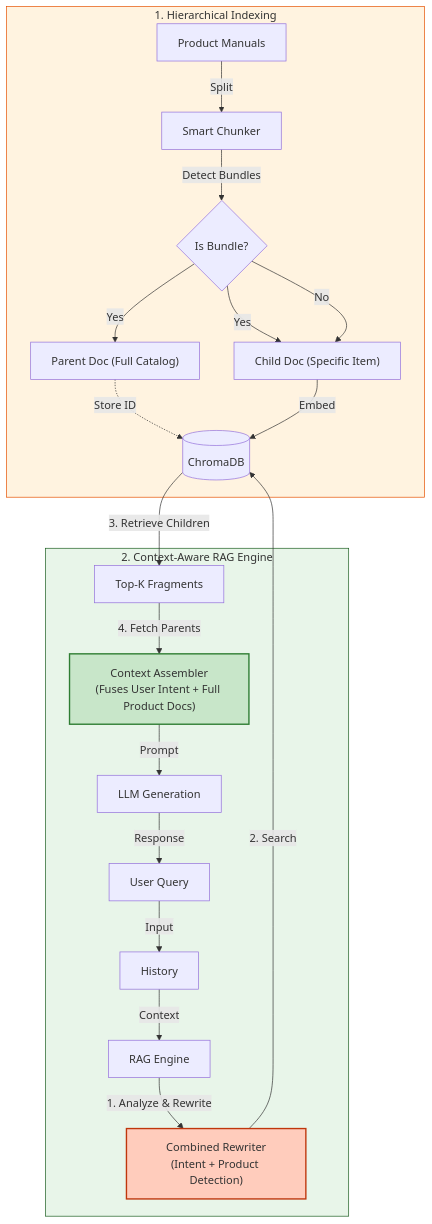
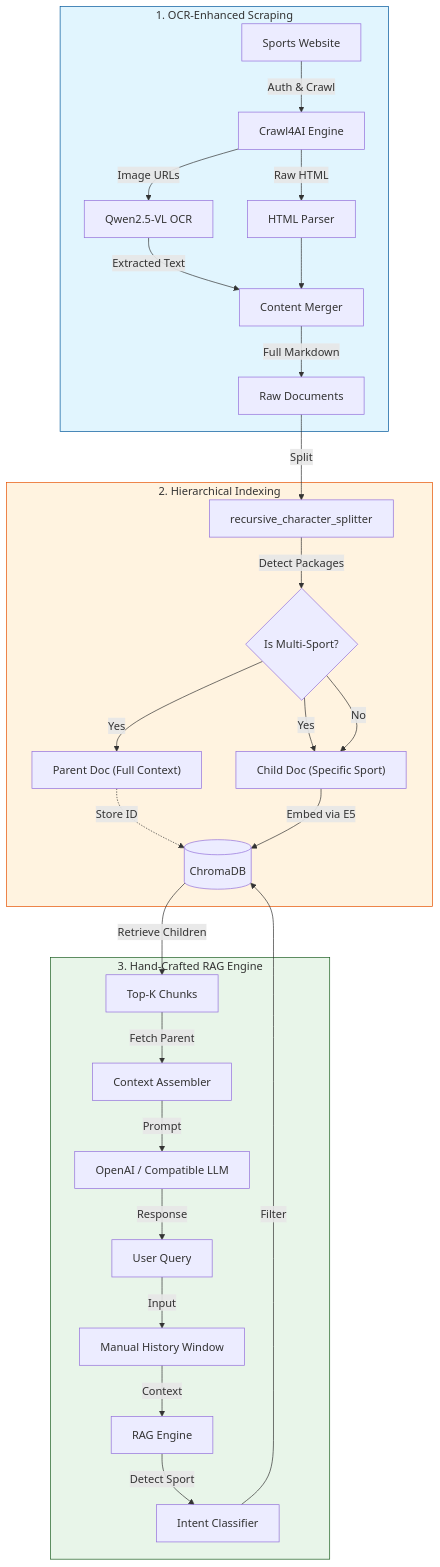
Before and after one commit to MossMojito/more_RAG_strategies: the diagram in README.md, drawn with Mermaid.

````diff
--- a/README.md
+++ b/README.md
@@ -23,33 +23,41 @@
 ```mermaid
 flowchart TD
-    subgraph Ingestion ["1. Hierarchical Indexing"]
-        RawMD[Product Manuals] -->|Split| Chunker[Smart Chunker]
-        Chunker -->|Detect Bundles| Logic{Is Bundle?}
+    subgraph Scraper ["1. OCR-Enhanced Scraping"]
+        Web[Sports Website] -->|Auth & Crawl| Crawler[Crawl4AI Engine]
+        Crawler -->|Raw HTML| HTML_Parse[HTML Parser]
+        Crawler -->|Image URLs| OCR[Qwen2.5-VL OCR]
+        OCR -->|Extracted Text| Merger[Content Merger]
+        HTML_Parse --> Merger
+        Merger -->|Full Markdown| RawMD[Raw Documents]
+    end
+
+    subgraph Ingestion ["2. Hierarchical Indexing"]
+        RawMD -->|Split| Chunker[recursive_character_splitter]
+        Chunker -->|Detect Packages| Logic{Is Multi-Sport?}
         
-        Logic -- Yes --> Parent["Parent Doc (Full Catalog)"]
-        Logic -- Yes --> Child["Child Doc (Specific Item)"]
+        Logic -- Yes --> Parent["Parent Doc (Full Context)"]
+        Logic -- Yes --> Child["Child Doc (Specific Sport)"]
         Logic -- No --> Child
         
         Parent -.->|Store ID| VectorDB[(ChromaDB)]
-        Child -->|Embed| VectorDB
+        Child -->|Embed via E5| VectorDB
     end
 
-    subgraph Chatbot ["2. Context-Aware RAG Engine"]
-        User[User Query] -->|Input| Memory[History]
+    subgraph Chatbot ["3. Hand-Crafted RAG Engine"]
+        User[User Query] -->|Input| Memory[Manual History Window]
         Memory -->|Context| Engine[RAG Engine]
         
-        Engine -->|1. Analyze & Rewrite| Rewriter["Combined Rewriter<br>(Intent + Product Detection)"]
-        Rewriter -->|2. Search| VectorDB
+        Engine -->|Detect Sport| Intent[Intent Classifier]
+        Intent -->|Filter| VectorDB
         
-        VectorDB -->|3. Retrieve Children| Hits[Top-K Fragments]
-        Hits -->|4. Fetch Parents| Assembler["Context Assembler<br>(Fuses User Intent + Full Product Docs)"]
+        VectorDB -->|Retrieve Children| Hits[Top-K Chunks]
+        Hits -->|Fetch Parent| Context_Build[Context Assembler]
         
-        Assembler -->|Prompt| LLM[LLM Generation]
+        Context_Build -->|Prompt| LLM[OpenAI / Compatible LLM]
         LLM -->|Response| User
     end
 
+    style Scraper fill:#e1f5fe,stroke:#01579b
     style Ingestion fill:#fff3e0,stroke:#e65100
     style Chatbot fill:#e8f5e9,stroke:#1b5e20
-    style Rewriter fill:#ffccbc,stroke:#bf360c,stroke-width:2px
-    style Assembler fill:#c8e6c9,stroke:#2e7d32,stroke-width:2px
 ```
````
